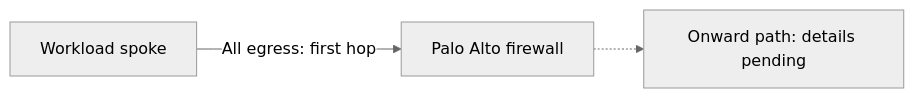
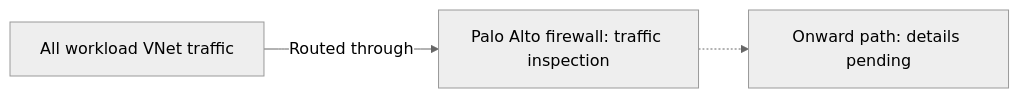
Before and after one commit to santosrodriguez/cloud-platform-documentation: the second of 2 diagrams in architecture/hub-and-spoke-network.md, drawn with Mermaid (neutral theme). The commit also changed other lines of this file and 4 other files, not shown here.

Commit message:
Clarify routing and inspection of all workload VNet traffic

````diff
--- a/architecture/hub-and-spoke-network.md
+++ b/architecture/hub-and-spoke-network.md
@@ -33,5 +35,5 @@
 ```mermaid
 flowchart LR
-    workload["Workload spoke"] -->|"All egress: first hop"| firewall["Palo Alto firewall"]
+    workload["All workload VNet traffic"] -->|"Routed through"| firewall["Palo Alto firewall: traffic inspection"]
     firewall -.-> onward["Onward path: details pending"]
 ```
````
